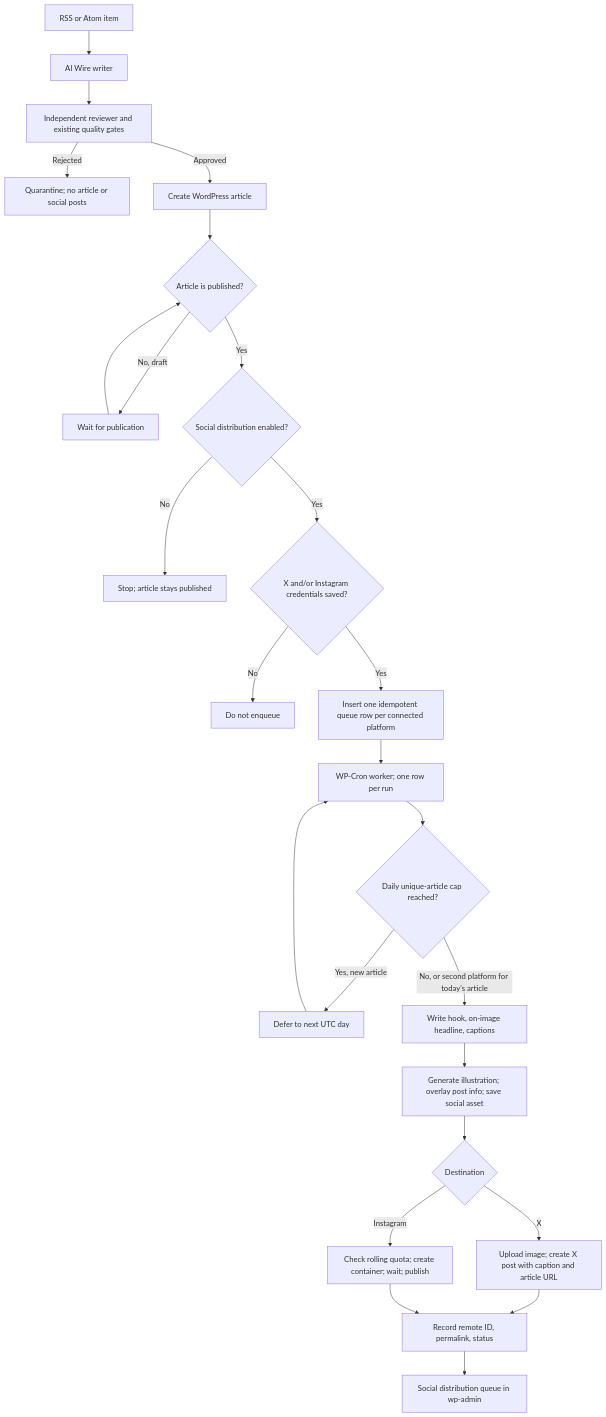
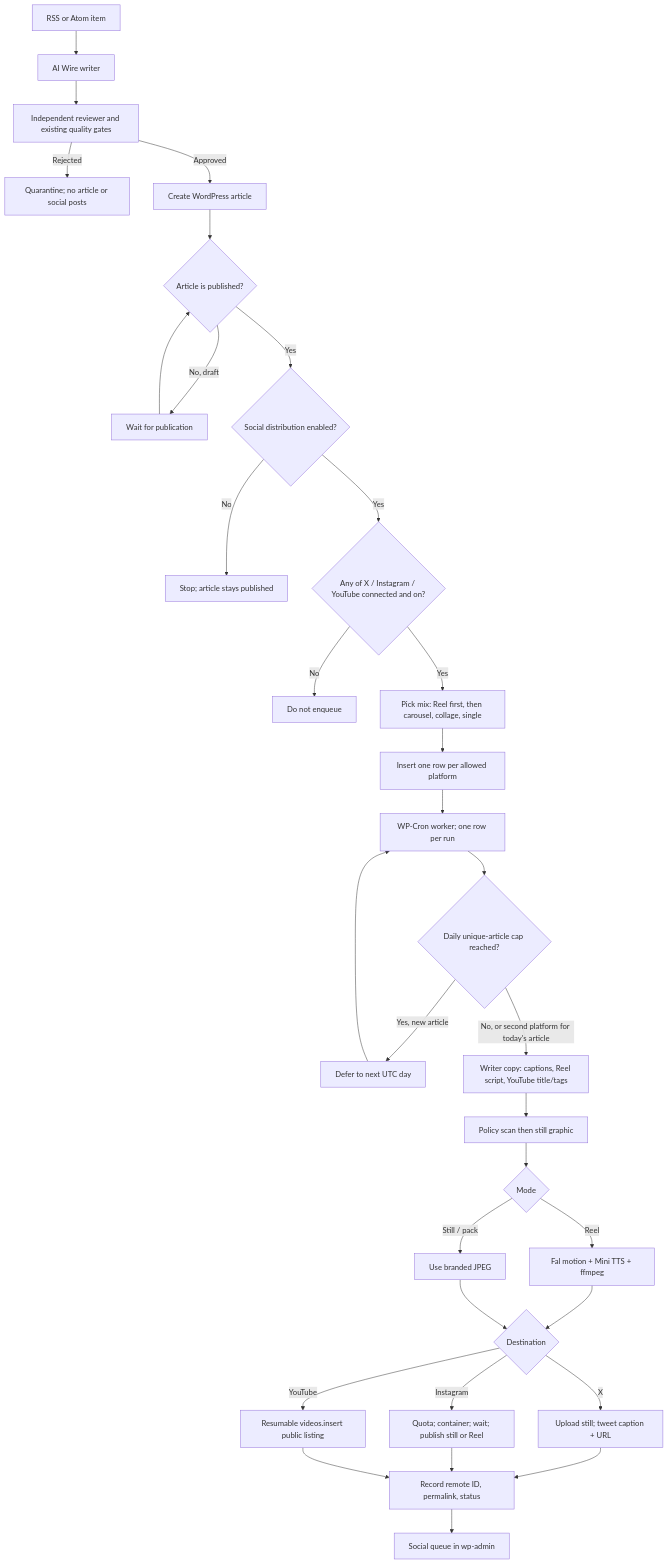
One commit to HaneetGH/technorapper-ai-wire changed the first of 3 diagrams in docs/SOCIAL-DISTRIBUTION-HANDOFF.md. Above: the diagram before and after it, drawn with Mermaid. The commit also changed other lines of this file and 10 other files, not shown here.

First line of the commit message:
Document shipped 0.2.54 social architecture for Reels and YouTube.

````diff
--- a/docs/SOCIAL-DISTRIBUTION-HANDOFF.md
+++ b/docs/SOCIAL-DISTRIBUTION-HANDOFF.md
@@ -13,27 +14,34 @@
 ```mermaid
 flowchart TD
     A[RSS or Atom item] --> B[AI Wire writer]
     B --> C[Independent reviewer and existing quality gates]
     C -->|Rejected| D[Quarantine; no article or social posts]
     C -->|Approved| E[Create WordPress article]
     E --> F{Article is published?}
     F -->|No, draft| G[Wait for publication]
     G --> F
     F -->|Yes| H{Social distribution enabled?}
     H -->|No| I[Stop; article stays published]
-    H -->|Yes| J{X and/or Instagram credentials saved?}
+    H -->|Yes| J{Any of X / Instagram / YouTube connected and on?}
     J -->|No| K[Do not enqueue]
-    J -->|Yes| L[Insert one idempotent queue row per connected platform]
-    L --> M[WP-Cron worker; one row per run]
-    M --> N{Daily unique-article cap reached?}
-    N -->|Yes, new article| O[Defer to next UTC day]
-    N -->|No, or second platform for today's article| P[Write hook, on-image headline, captions]
-    P --> Q[Generate illustration; overlay post info; save social asset]
-    Q --> R{Destination}
-    R -->|X| S[Upload image; create X post with caption and article URL]
-    R -->|Instagram| T[Check rolling quota; create container; wait; publish]
-    S --> U[Record remote ID, permalink, status]
-    T --> U
-    U --> V[Social distribution queue in wp-admin]
-    O --> M
+    J -->|Yes| L[Pick mix: Reel first, then carousel, collage, single]
+    L --> M[Insert one row per allowed platform]
+    M --> N[WP-Cron worker; one row per run]
+    N --> O{Daily unique-article cap reached?}
+    O -->|Yes, new article| P[Defer to next UTC day]
+    O -->|No, or second platform for today's article| Q[Writer copy: captions, Reel script, YouTube title/tags]
+    Q --> R[Policy scan then still graphic]
+    R --> S{Mode}
+    S -->|Reel| T[Fal motion + Mini TTS + ffmpeg]
+    S -->|Still / pack| U[Use branded JPEG]
+    T --> V{Destination}
+    U --> V
+    V -->|X| W[Upload still; tweet caption + URL]
+    V -->|Instagram| IG[Quota; container; wait; publish still or Reel]
+    V -->|YouTube| Y[Resumable videos.insert public listing]
+    W --> Z[Record remote ID, permalink, status]
+    IG --> Z
+    Y --> Z
+    Z --> AA[Social queue in wp-admin]
+    P --> N
 ```
````
